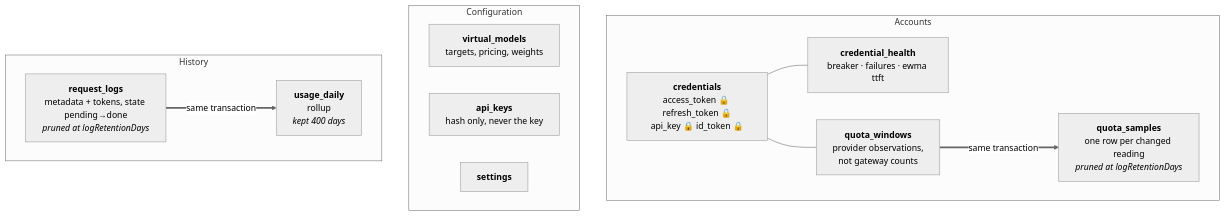
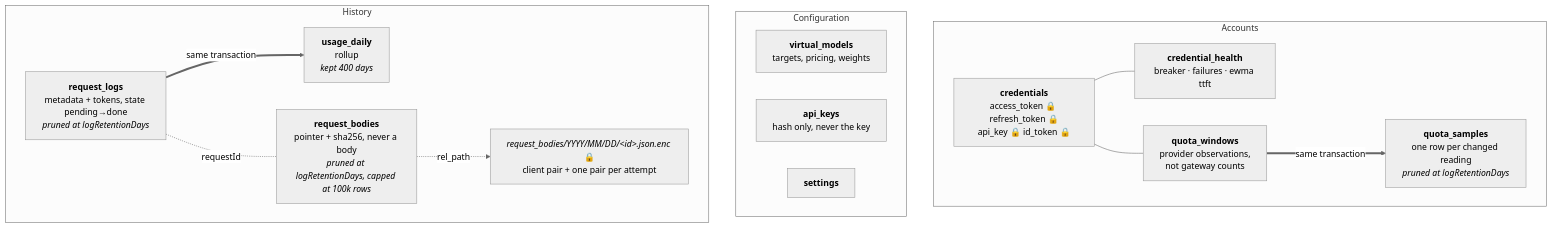
Before and after one commit to harismawan/omnigateway: the fifth of 7 diagrams in ARCHITECTURE.md, drawn with Mermaid (neutral theme). The commit also changed other lines of this file and 2 other files, not shown here.

First line of the commit message:
docs: document body logging for operators

````diff
--- a/ARCHITECTURE.md
+++ b/ARCHITECTURE.md
@@ -170,25 +171,29 @@
 ```mermaid
 flowchart TB
   subgraph accounts[Accounts]
     cred["<b>credentials</b><br/>access_token 🔒 refresh_token 🔒<br/>api_key 🔒 id_token 🔒"]
     health["<b>credential_health</b><br/>breaker · failures · ewma ttft"]
     quota["<b>quota_windows</b><br/>provider observations,<br/>not gateway counts"]
     samples["<b>quota_samples</b><br/>one row per changed reading<br/><i>pruned at logRetentionDays</i>"]
   end
 
   subgraph config[Configuration]
     vm["<b>virtual_models</b><br/>targets, pricing, weights"]
     keys["<b>api_keys</b><br/>hash only, never the key"]
     settings["<b>settings</b>"]
   end
 
   subgraph history[History]
     logs["<b>request_logs</b><br/>metadata + tokens, state pending→done<br/><i>pruned at logRetentionDays</i>"]
     daily["<b>usage_daily</b><br/>rollup<br/><i>kept 400 days</i>"]
+    bodies["<b>request_bodies</b><br/>pointer + sha256, never a body<br/><i>pruned at logRetentionDays, capped at 100k rows</i>"]
+    artifact["<i>request_bodies/YYYY/MM/DD/&lt;id&gt;.json.enc</i> 🔒<br/>client pair + one pair per attempt"]
   end
 
   cred --- health
   cred --- quota
   quota == "same transaction" ==> samples
   logs == "same transaction" ==> daily
+  logs -. "requestId" .- bodies
+  bodies -. "rel_path" .-> artifact
 ```
````
